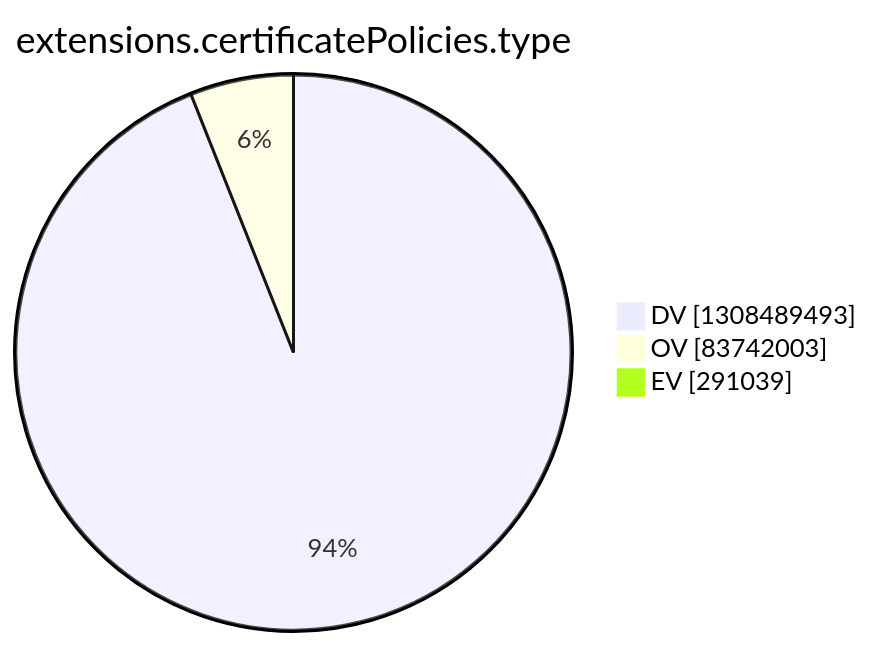
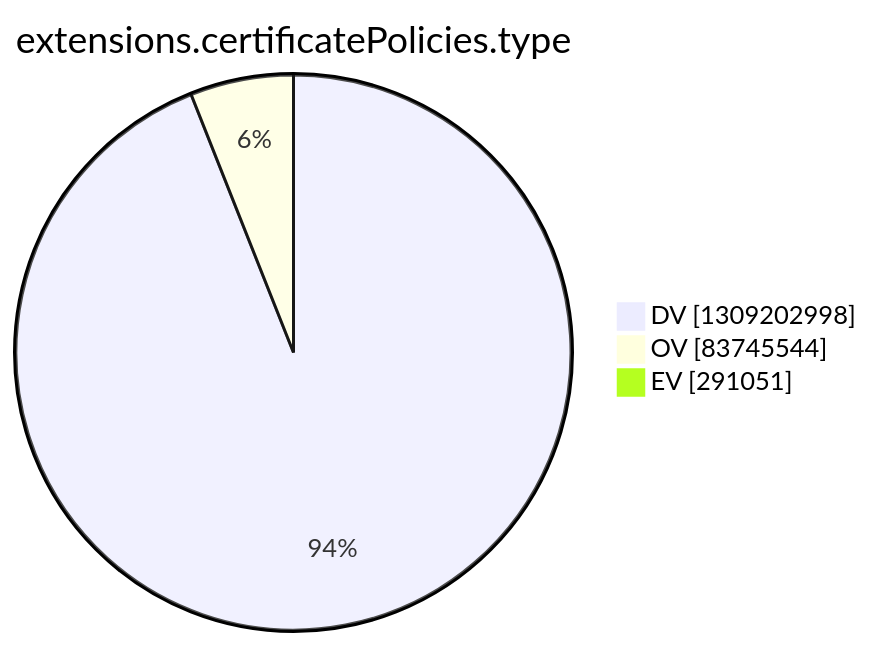
One commit to christiankrug/ctmonitor_visualization changed the tenth of 15 diagrams in argon2022/README.md. Above: the diagram before and after it, drawn with Mermaid. The commit also changed other lines of this file, not shown here.

````diff
--- a/argon2022/README.md
+++ b/argon2022/README.md
@@ -2772,7 +2772,7 @@
 ```mermaid
 pie showData
 title extensions.certificatePolicies.type
-"DV" :1308489493
-"OV" :83742003
-"EV" :291039
+"DV" :1309202998
+"OV" :83745544
+"EV" :291051
 ```
````
